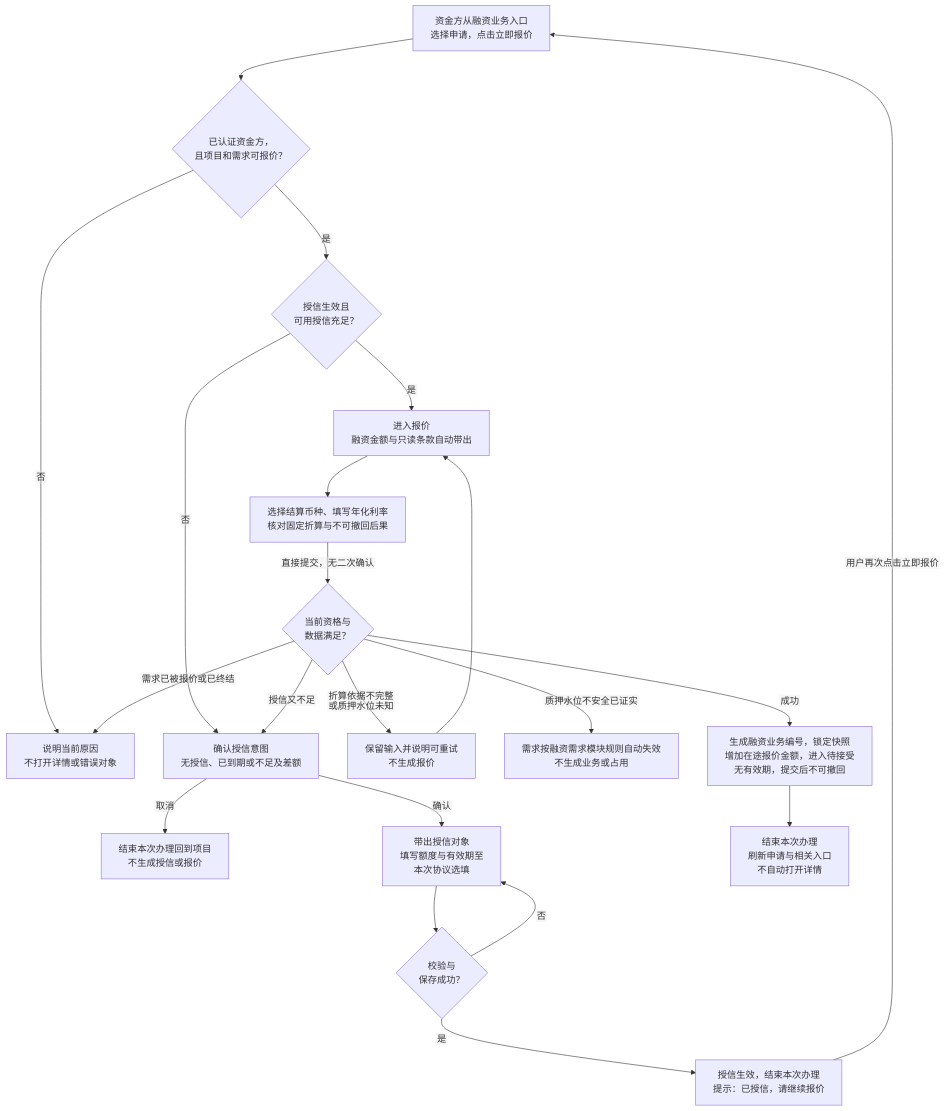
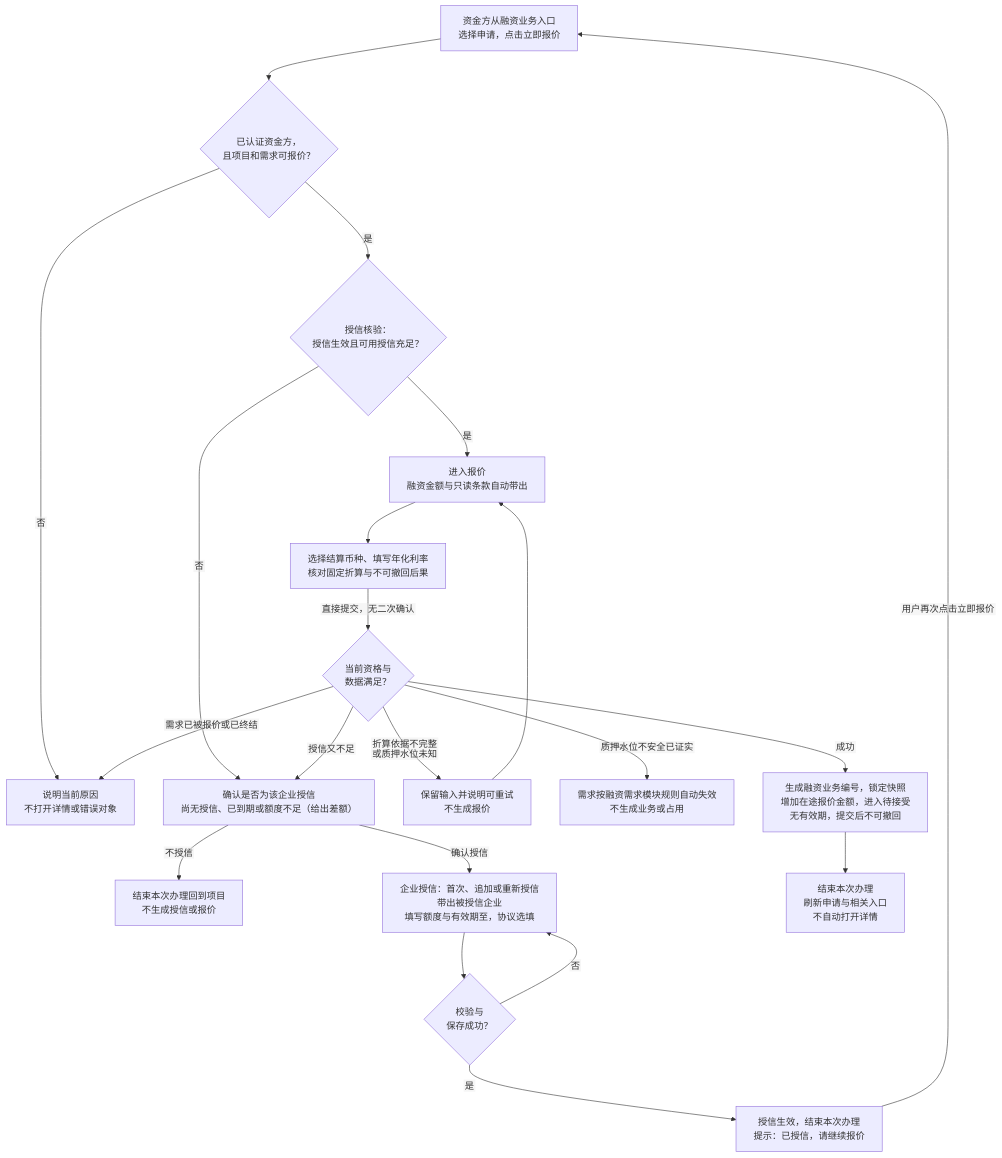
The first of 8 diagrams in lending-platform/PRD/面客端/06-借贷广场-授信报价与接受拒绝/02-授信报价与接受拒绝-流程图与状态机.md (wxblockchain/Chain-Financing), drawn with Mermaid before and after one commit. The commit also changed other lines of this file and 5 other files, not shown here.

````diff
--- a/lending-platform/PRD/面客端/06-借贷广场-授信报价与接受拒绝/02-授信报价与接受拒绝-流程图与状态机.md
+++ b/lending-platform/PRD/面客端/06-借贷广场-授信报价与接受拒绝/02-授信报价与接受拒绝-流程图与状态机.md
@@ -21,24 +21,24 @@
 ```mermaid
 %%{init: {"flowchart": {"htmlLabels": false, "wrappingWidth": 400}}}%%
 flowchart TD
   A["资金方从融资业务入口<br/>选择申请，点击立即报价"] --> B{"已认证资金方，<br/>且项目和需求可报价？"}
   B -->|"否"| X["说明当前原因<br/>不打开详情或错误对象"]
-  B -->|"是"| C{"授信生效且<br/>可用授信充足？"}
-  C -->|"否"| D["确认授信意图<br/>无授信、已到期或不足及差额"]
-  D -->|"取消"| E["结束本次办理回到项目<br/>不生成授信或报价"]
-  D -->|"确认"| F["带出授信对象<br/>填写额度与有效期至<br/>本次协议选填"]
+  B -->|"是"| C{"授信核验：<br/>授信生效且可用授信充足？"}
+  C -->|"否"| D["确认是否为该企业授信<br/>尚无授信、已到期或额度不足（给出差额）"]
+  D -->|"不授信"| E["结束本次办理回到项目<br/>不生成授信或报价"]
+  D -->|"确认授信"| F["企业授信：首次、追加或重新授信<br/>带出被授信企业<br/>填写额度与有效期至，协议选填"]
   F --> G{"校验与<br/>保存成功？"}
   G -->|"否"| F
   G -->|"是"| H["授信生效，结束本次办理<br/>提示：已授信，请继续报价"]
   H -->|"用户再次点击立即报价"| A
   C -->|"是"| Q["进入报价<br/>融资金额与只读条款自动带出"]
   Q --> R["选择结算币种、填写年化利率<br/>核对固定折算与不可撤回后果"]
   R -->|"直接提交，无二次确认"| S{"当前资格与<br/>数据满足？"}
   S -->|"折算依据不完整<br/>或质押水位未知"| U["保留输入并说明可重试<br/>不生成报价"]
   U --> Q
   S -->|"质押水位不安全已证实"| V["需求按融资需求模块规则自动失效<br/>不生成业务或占用"]
   S -->|"需求已被报价或已终结"| X
   S -->|"授信又不足"| D
   S -->|"成功"| W["生成融资业务编号，锁定快照<br/>增加在途报价金额，进入待接受<br/>无有效期，提交后不可撤回"]
   W --> Z["结束本次办理<br/>刷新申请与相关入口<br/>不自动打开详情"]
 ```
````
